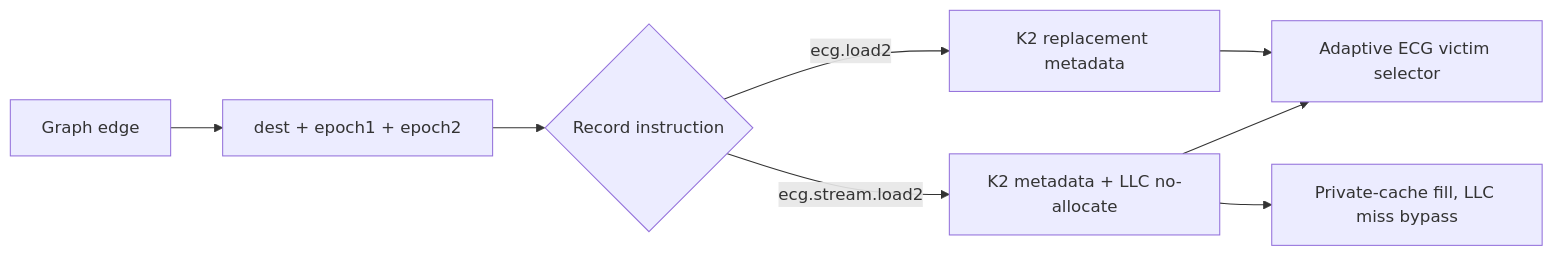
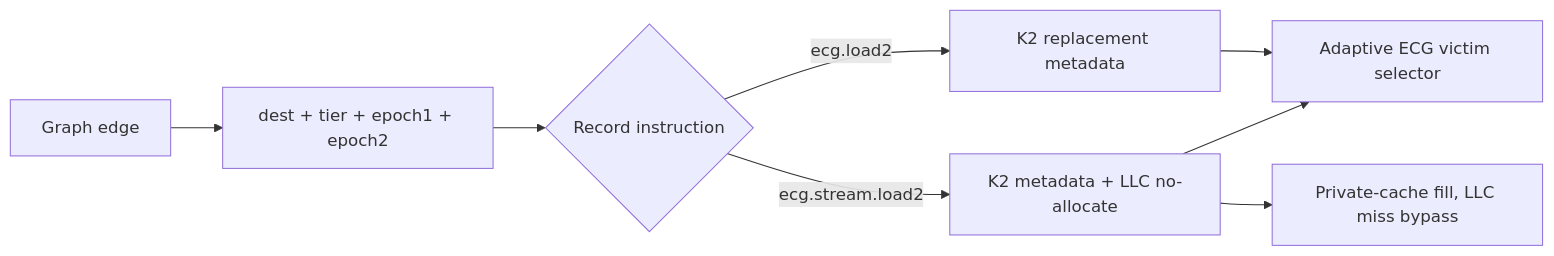
Before and after one commit to UVA-LavaLab/GraphBrew: the diagram in README.md, drawn with Mermaid. The commit also changed other lines of this file and 69 other files, not shown here.

````diff
--- a/README.md
+++ b/README.md
@@ -19,10 +20,10 @@
 ```mermaid
 flowchart LR
-    A[Graph edge] --> B[dest + epoch1 + epoch2]
+    A[Graph edge] --> B[dest + tier + epoch1 + epoch2]
     B --> C{Record instruction}
     C -->|ecg.load2| D[K2 replacement metadata]
     C -->|ecg.stream.load2| E[K2 metadata + LLC no-allocate]
     D --> F[Adaptive ECG victim selector]
     E --> F
     E --> G[Private-cache fill, LLC miss bypass]
 ```
````
